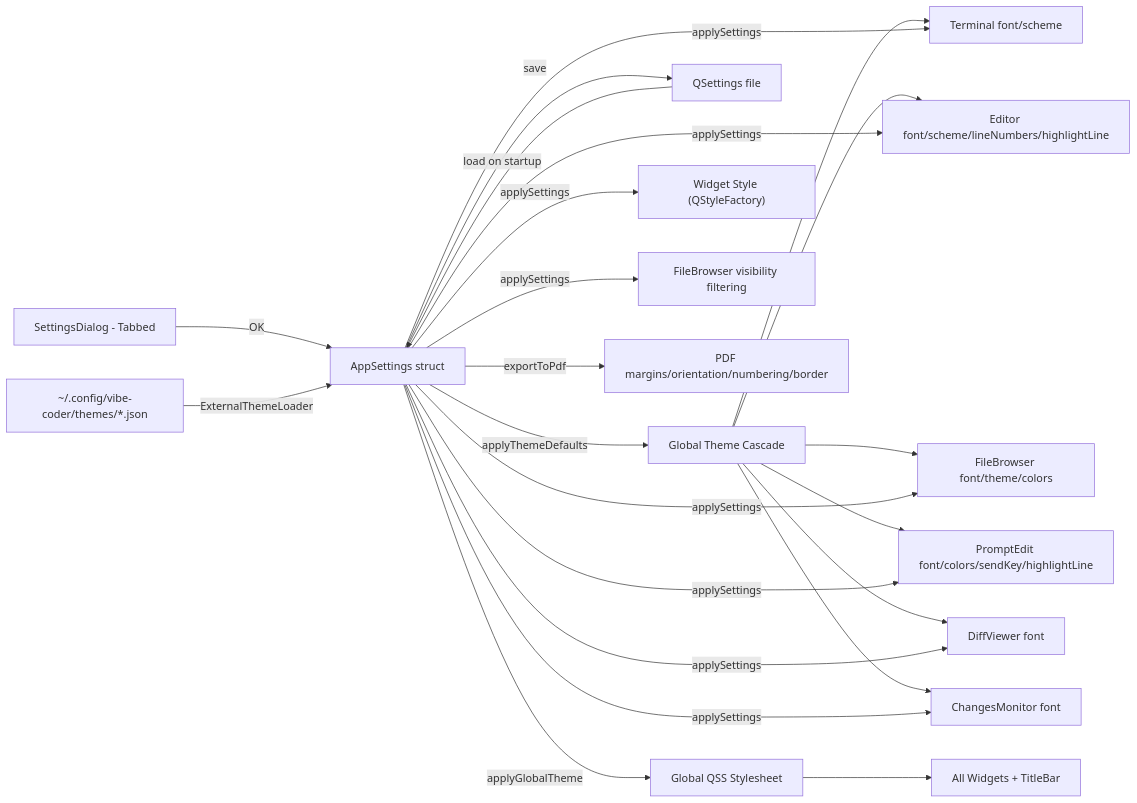
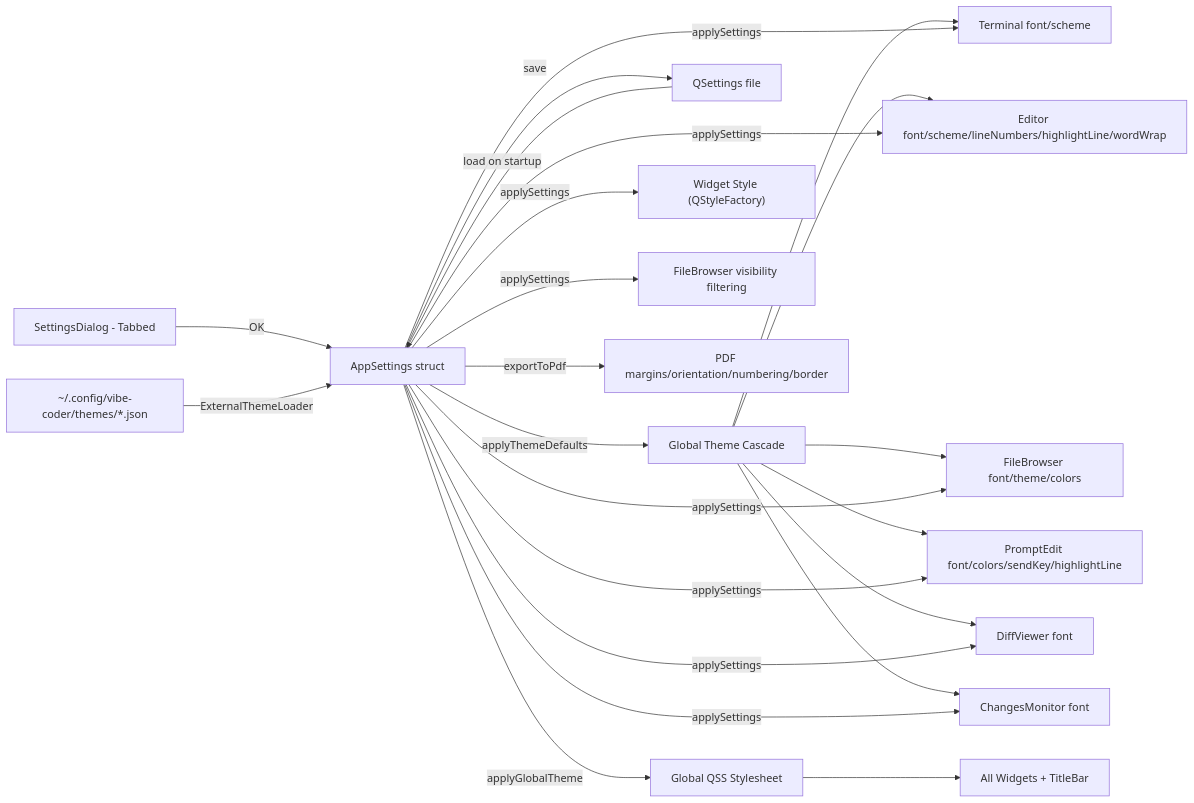
One commit to dkrse/vibe-coder changed diagram 16 of 21 in docs/diagrams.md. Above: the diagram before and after it, drawn with Mermaid. The commit also changed 7 other files, not shown here.

````diff
--- a/docs/diagrams.md
+++ b/docs/diagrams.md
@@ -624,20 +624,20 @@
 ```mermaid
 flowchart LR
     A[SettingsDialog - Tabbed] -->|OK| B[AppSettings struct]
     B -->|applyThemeDefaults| TH[Global Theme Cascade]
     ZED["~/.config/vibe-coder/themes/*.json"] -->|ExternalThemeLoader| B
     TH --> D & E & F & G & DV & CM2
     B -->|save| C[QSettings file]
     B -->|applyGlobalTheme| SS[Global QSS Stylesheet]
     SS --> ALL[All Widgets + TitleBar]
     B -->|applySettings| WS["Widget Style (QStyleFactory)"]
     B -->|applySettings| D[Terminal font/scheme]
-    B -->|applySettings| E[Editor font/scheme/lineNumbers/highlightLine]
+    B -->|applySettings| E[Editor font/scheme/lineNumbers/highlightLine/wordWrap]
     B -->|applySettings| VIS[FileBrowser visibility filtering]
     B -->|applySettings| F[FileBrowser font/theme/colors]
     B -->|applySettings| G[PromptEdit font/colors/sendKey/highlightLine]
     B -->|applySettings| DV[DiffViewer font]
     B -->|applySettings| CM2[ChangesMonitor font]
     B -->|exportToPdf| PDF[PDF margins/orientation/numbering/border]
     C -->|load on startup| B
 ```
````
